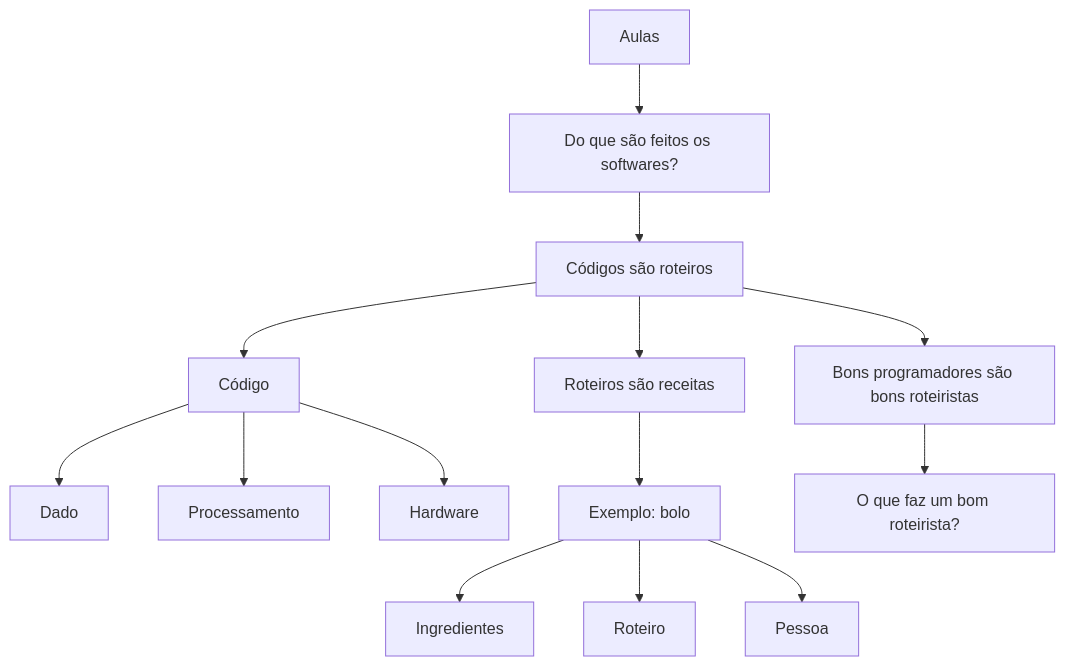
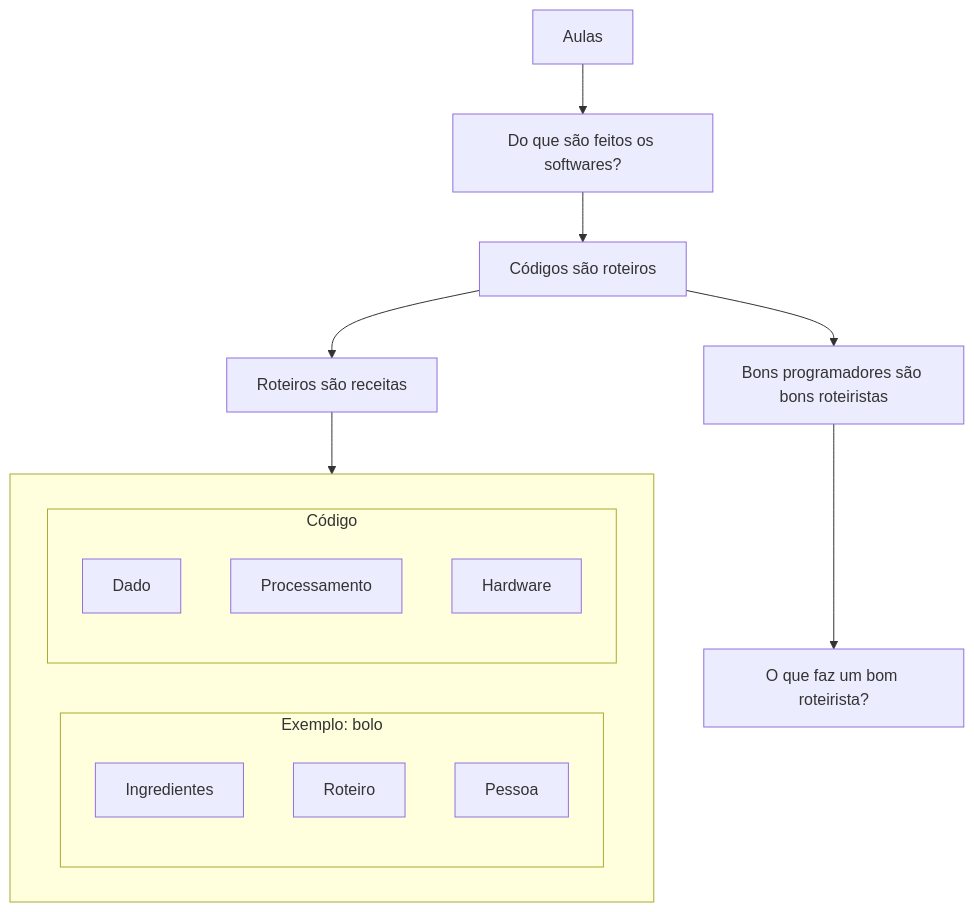
One commit to laerciogermano/workstation changed the diagram in aulas/README.md. Above: the diagram before and after it, drawn with Mermaid. The commit also changed other lines of this file, not shown here.

Commit message:
Coloca Código à direita de Exemplo: bolo no Mermaid e no artigo.

````diff
--- a/aulas/README.md
+++ b/aulas/README.md
@@ -3,30 +3,31 @@
 ```mermaid
 flowchart TD
   A[Aulas]
   B[Do que são feitos os softwares?]
   C[Códigos são roteiros]
-  CG[Código]
-  CG1[Dado]
-  CG2[Processamento]
-  CG3[Hardware]
   D[Roteiros são receitas]
-  DX[Exemplo: bolo]
-  D1[Ingredientes]
-  D2[Roteiro]
-  D3[Pessoa]
   E[Bons programadores são bons roteiristas]
   F[O que faz um bom roteirista?]
   A --> B
   B --> C
-  C --> CG
-  CG --> CG1
-  CG --> CG2
-  CG --> CG3
   C --> D
-  D --> DX
-  DX --> D1
-  DX --> D2
-  DX --> D3
   C --> E
   E --> F
+  D --> lado
+
+  subgraph lado[" "]
+    direction LR
+    subgraph bolo["Exemplo: bolo"]
+      direction TB
+      D1[Ingredientes]
+      D2[Roteiro]
+      D3[Pessoa]
+    end
+    subgraph codigo["Código"]
+      direction TB
+      CG1[Dado]
+      CG2[Processamento]
+      CG3[Hardware]
+    end
+  end
 ```
````
